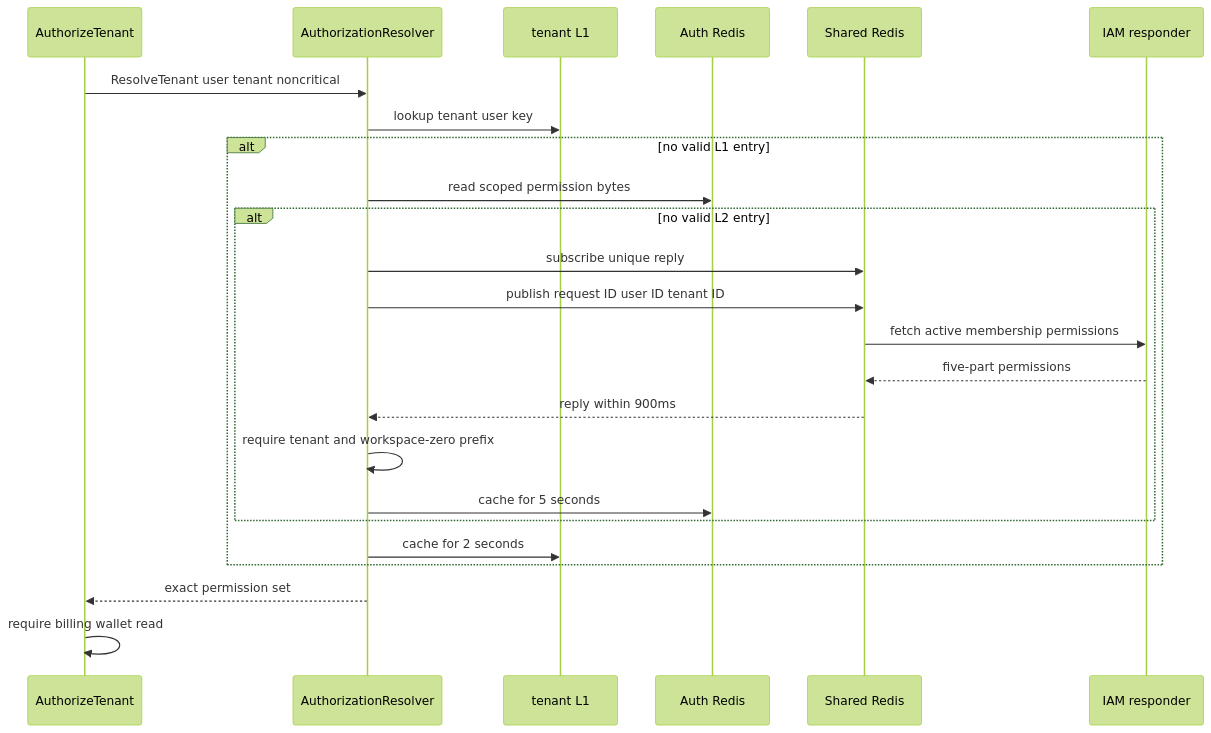
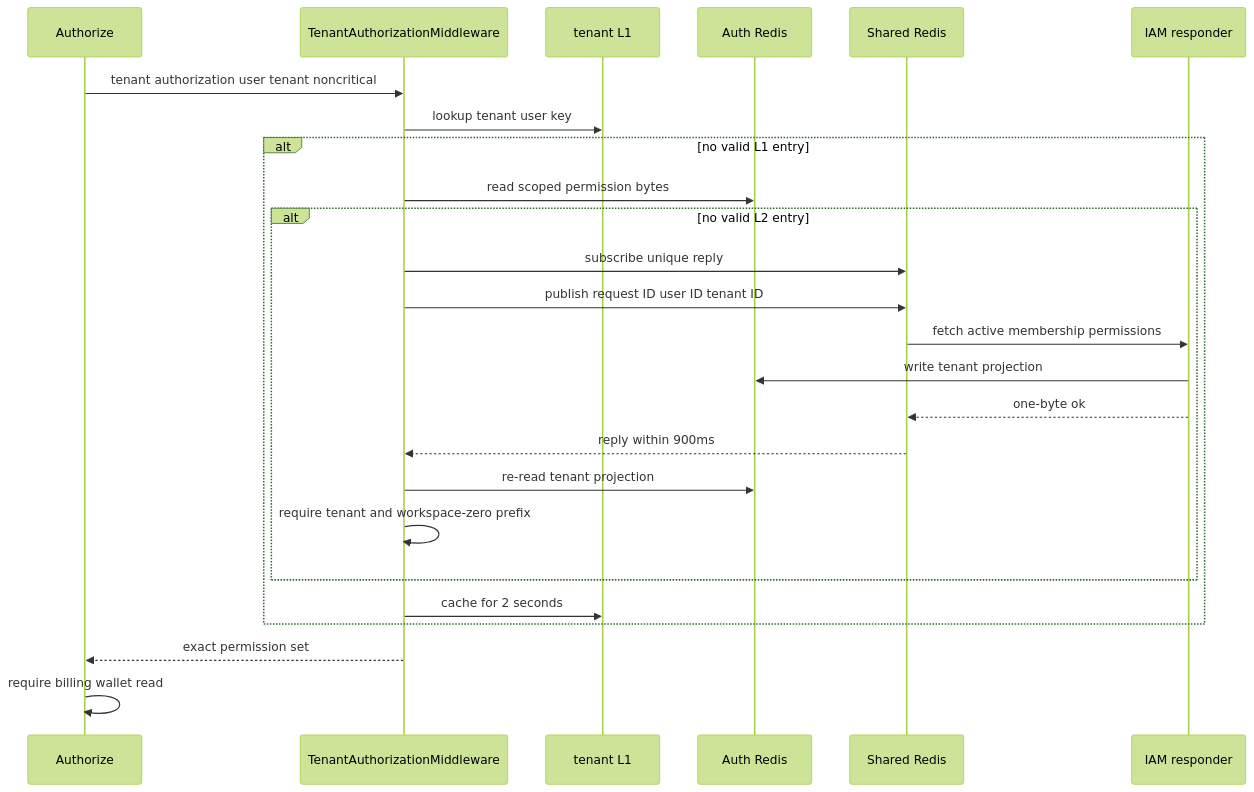
The second of 3 diagrams in god_view/billing/billing_tenant_topup_read_god_view.md (phucle996/aurora), drawn with Mermaid (forest theme) before and after one commit. The commit also changed other lines of this file and 22 other files, not shown here.

````diff
--- a/god_view/billing/billing_tenant_topup_read_god_view.md
+++ b/god_view/billing/billing_tenant_topup_read_god_view.md
@@ -76,26 +76,27 @@
 ```mermaid
 sequenceDiagram
-    participant M as AuthorizeTenant
-    participant AR as AuthorizationResolver
+    participant M as Authorize
+    participant AR as TenantAuthorizationMiddleware
     participant L1 as tenant L1
     participant L2 as Auth Redis
     participant SR as Shared Redis
     participant IAM as IAM responder
-    M->>AR: ResolveTenant user tenant noncritical
+    M->>AR: tenant authorization user tenant noncritical
     AR->>L1: lookup tenant user key
     alt no valid L1 entry
         AR->>L2: read scoped permission bytes
         alt no valid L2 entry
             AR->>SR: subscribe unique reply
             AR->>SR: publish request ID user ID tenant ID
             SR->>IAM: fetch active membership permissions
-            IAM-->>SR: five-part permissions
+            IAM->>L2: write tenant projection
+            IAM-->>SR: one-byte ok
             SR-->>AR: reply within 900ms
+            AR->>L2: re-read tenant projection
             AR->>AR: require tenant and workspace-zero prefix
-            AR->>L2: cache for 5 seconds
         end
         AR->>L1: cache for 2 seconds
     end
     AR-->>M: exact permission set
     M->>M: require billing wallet read
 ```
````
